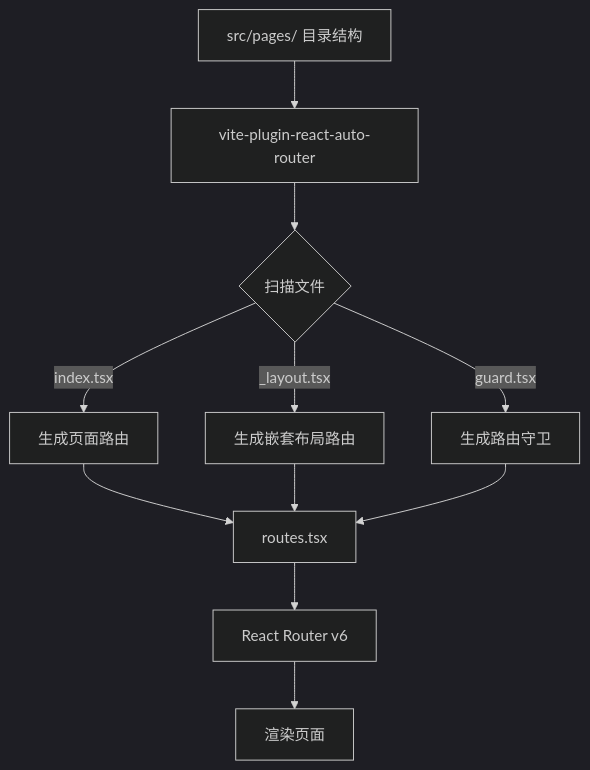
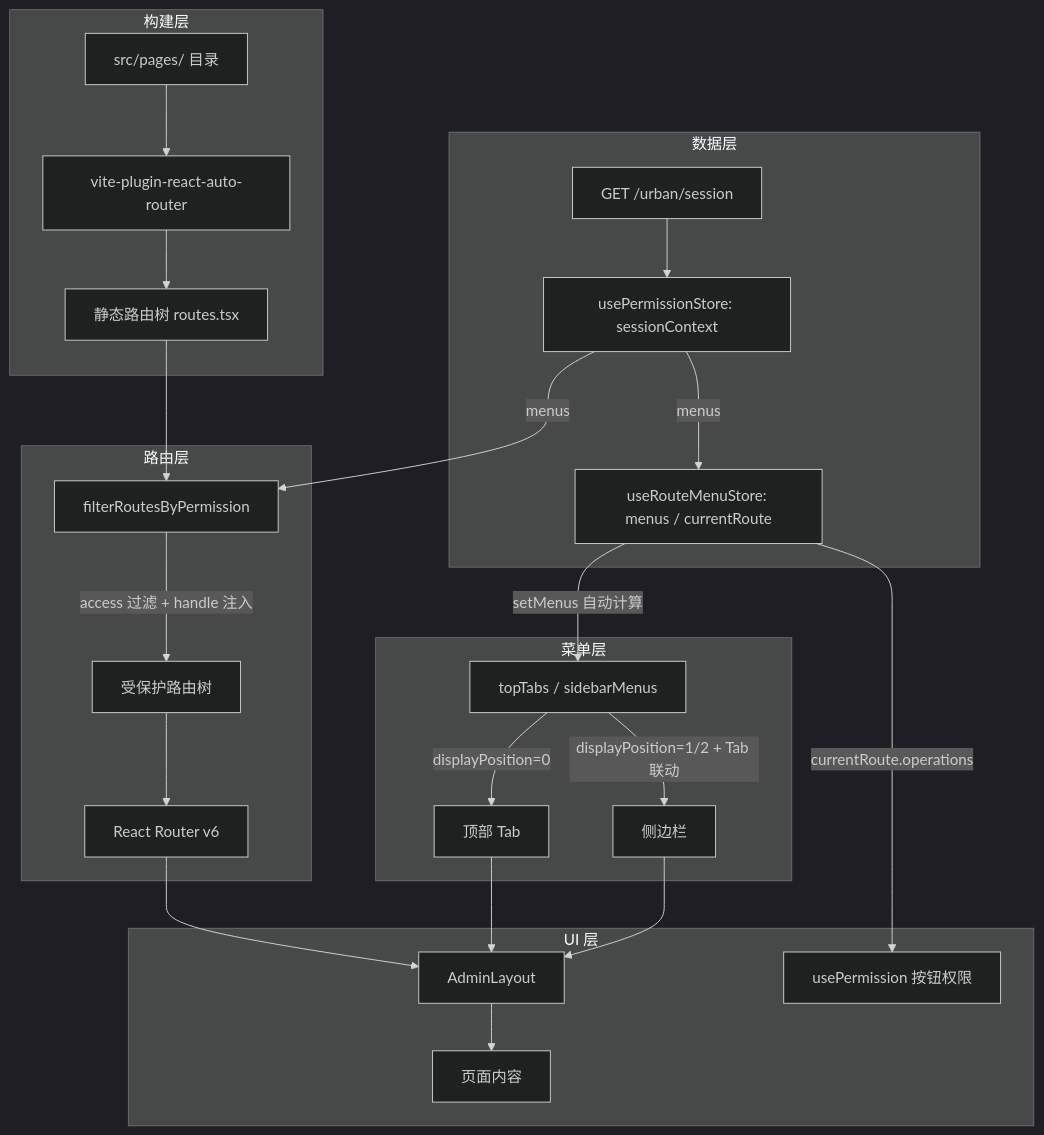
One commit to TomorrowLM/lm-document changed the first of 9 diagrams in document/技术方案/路由生成插件与权限控制技术方案.md. Above: the diagram before and after it, drawn with Mermaid (dark theme). The commit also changed other lines of this file and 13 other files, not shown here.

````diff
--- a/document/技术方案/路由生成插件与权限控制技术方案.md
+++ b/document/技术方案/路由生成插件与权限控制技术方案.md
@@ -29,13 +29,33 @@
 ```mermaid
-graph TD
-    A[src/pages/ 目录结构] --> B[vite-plugin-react-auto-router]
-    B --> C{扫描文件}
-    C -->|index.tsx| D[生成页面路由]
-    C -->|_layout.tsx| E[生成嵌套布局路由]
-    C -->|guard.tsx| F[生成路由守卫]
-    D --> G[routes.tsx]
-    E --> G
-    F --> G
-    G --> H[React Router v6]
-    H --> I[渲染页面]
+graph TB
+    subgraph 构建层
+        PAGES[src/pages/ 目录] --> PLUGIN[vite-plugin-react-auto-router]
+        PLUGIN --> STATIC[静态路由树 routes.tsx]
+    end
+
+    subgraph 数据层
+        API["GET /urban/session"] --> PERM_STORE[usePermissionStore: sessionContext]
+        PERM_STORE --> |menus| ROUTE_STORE[useRouteMenuStore: menus / currentRoute]
+    end
+
+    subgraph 路由层
+        STATIC --> FILTER[filterRoutesByPermission]
+        PERM_STORE --> |menus| FILTER
+        FILTER --> |access 过滤 + handle 注入| PROTECTED[受保护路由树]
+        PROTECTED --> ROUTER[React Router v6]
+    end
+
+    subgraph 菜单层
+        ROUTE_STORE --> |setMenus 自动计算| MENU_CALC[topTabs / sidebarMenus]
+        MENU_CALC --> |displayPosition=0| TOP[顶部 Tab]
+        MENU_CALC --> |displayPosition=1/2 + Tab 联动| SIDEBAR[侧边栏]
+    end
+
+    subgraph UI 层
+        ROUTER --> LAYOUT[AdminLayout]
+        TOP --> LAYOUT
+        SIDEBAR --> LAYOUT
+        LAYOUT --> CONTENT[页面内容]
+        ROUTE_STORE --> |currentRoute.operations| PERM[usePermission 按钮权限]
+    end
 ```
````
